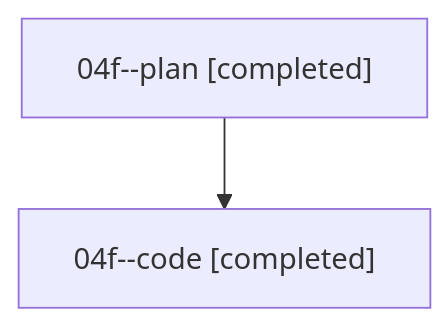
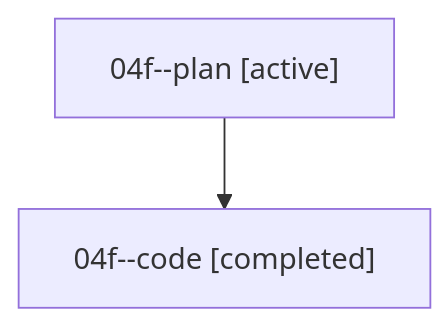
Before and after one commit to sase-org/sase--agents: the diagram in families/bbugyi200.athena.04f.md, drawn with Mermaid. The commit also changed other lines of this file and 35830 other files, not shown here.

````diff
--- a/families/bbugyi200.athena.04f.md
+++ b/families/bbugyi200.athena.04f.md
@@ -9,6 +9,6 @@
 ```mermaid
 flowchart TD
-  n0["04f--plan [completed]"]
+  n0["04f--plan [active]"]
   n1["04f--code [completed]"]
   n0 --> n1
 ```
````
